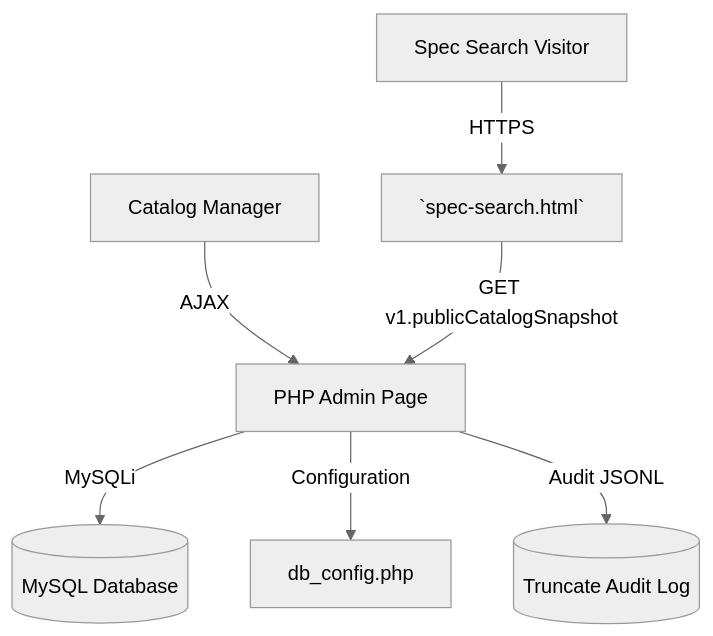
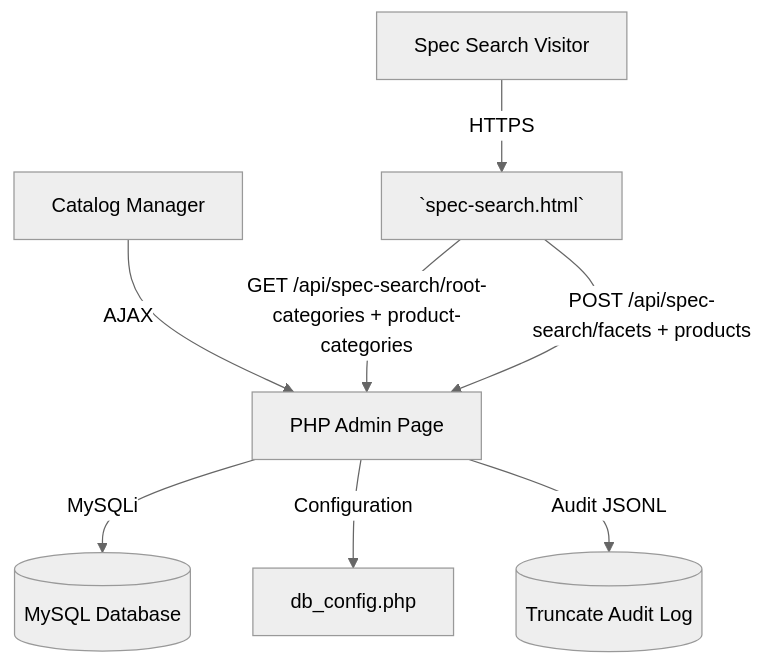
The first of 19 diagrams in docs/spec.md (sinjie2008/Foundational-Electronics-Core-Systems), drawn with Mermaid (neutral theme) before and after one commit. The commit also changed other lines of this file and 15 other files, not shown here.

First line of the commit message:
Product Catalog Manager - Stable v 0.0.1 - Bootstrap 5 release - Bootstrap 5 datatables release

````diff
--- a/docs/spec.md
+++ b/docs/spec.md
@@ -395,9 +398,10 @@
 ```mermaid
 graph TD
     Admin[Catalog Manager] -->|AJAX| PHPApp[PHP Admin Page]
     Visitor[Spec Search Visitor] -->|HTTPS| SpecPage[`spec-search.html`]
-    SpecPage -->|GET v1.publicCatalogSnapshot| PHPApp
+    SpecPage -->|GET /api/spec-search/root-categories + product-categories| PHPApp
+    SpecPage -->|POST /api/spec-search/facets + products| PHPApp
     PHPApp -->|MySQLi| MySQLDB[(MySQL Database)]
     PHPApp -->|Configuration| ConfigFile[db_config.php]
     PHPApp -->|Audit JSONL| AuditLog[(Truncate Audit Log)]
 ```
````
